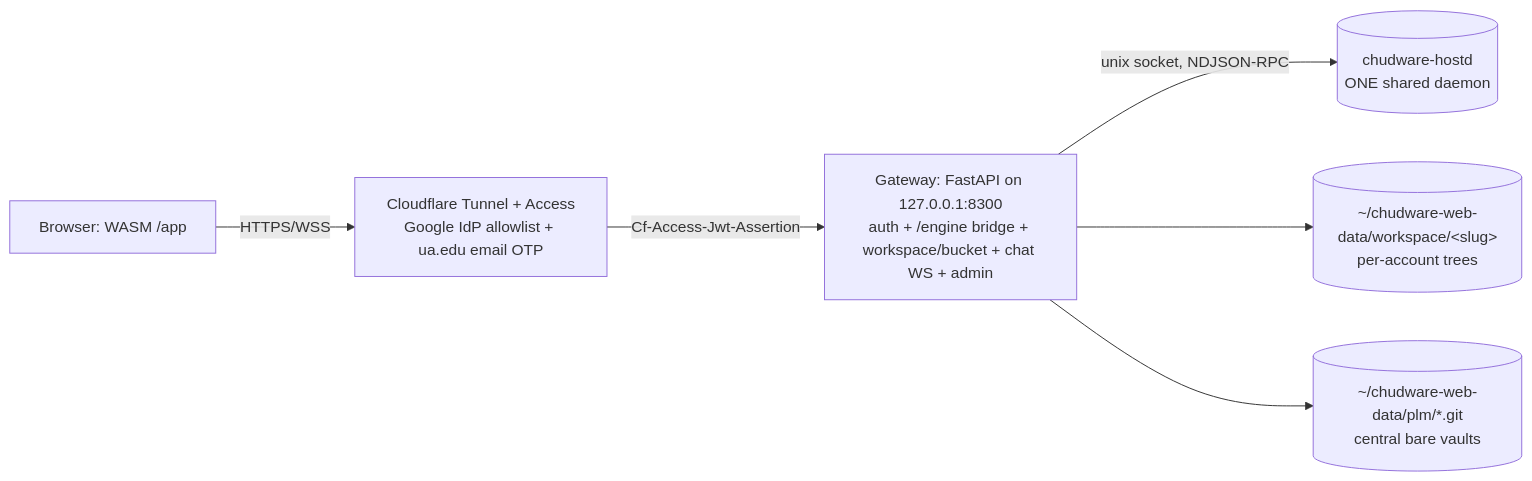
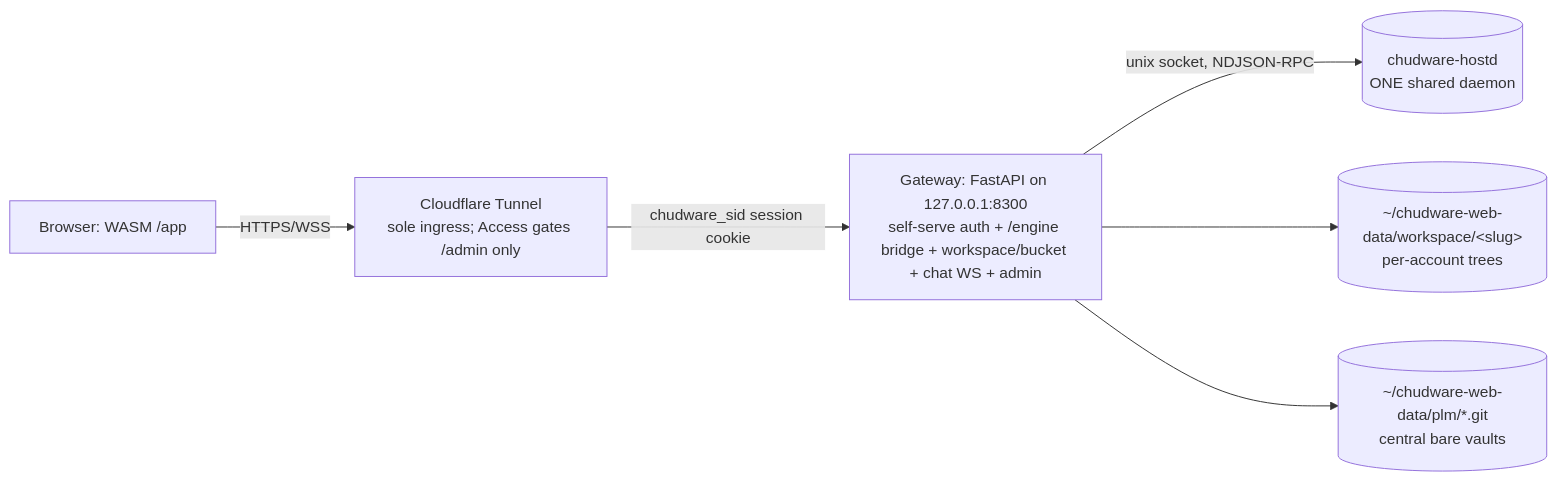
One commit to Hunter-124/Chudware changed the diagram in Webservice/DESIGN.md. Above: the diagram before and after it, drawn with Mermaid. The commit also changed other lines of this file and 518 other files, not shown here.

````diff
--- a/Webservice/DESIGN.md
+++ b/Webservice/DESIGN.md
@@ -13,8 +13,8 @@
 ```mermaid
 flowchart LR
-  B[Browser: WASM /app] -->|HTTPS/WSS| CF[Cloudflare Tunnel + Access\nGoogle IdP allowlist + ua.edu email OTP]
-  CF -->|Cf-Access-Jwt-Assertion| GW[Gateway: FastAPI on 127.0.0.1:8300\nauth + /engine bridge + workspace/bucket + chat WS + admin]
+  B[Browser: WASM /app] -->|HTTPS/WSS| CF[Cloudflare Tunnel\nsole ingress; Access gates /admin only]
+  CF -->|chudware_sid session cookie| GW[Gateway: FastAPI on 127.0.0.1:8300\nself-serve auth + /engine bridge + workspace/bucket + chat WS + admin]
   GW -->|unix socket, NDJSON-RPC| WD[(chudware-hostd\nONE shared daemon)]
   GW --> WS[(~/chudware-web-data/workspace/&lt;slug&gt;\nper-account trees)]
   GW --> PLM[(~/chudware-web-data/plm/*.git\ncentral bare vaults)]
 ```
````
